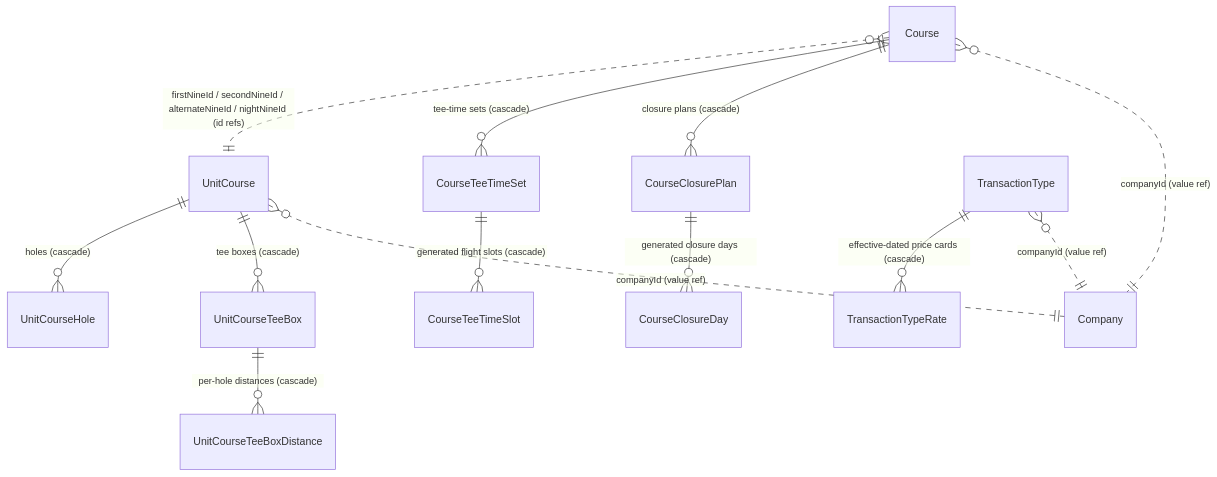
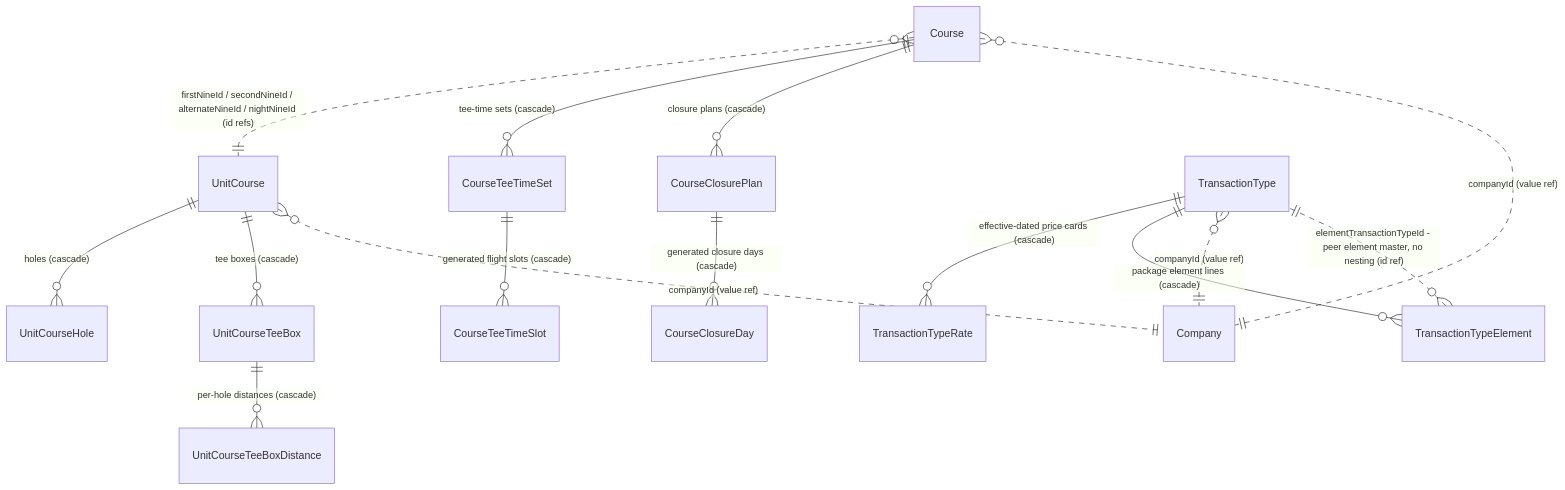
One commit to hsfun360/saas-platform changed the third of 7 diagrams in docs/data-model.md. Above: the diagram before and after it, drawn with Mermaid. The commit also changed other lines of this file, not shown here.

Commit message:
docs(data-model): refresh - Dimension domain + ERD, Module.code convention, golf TransactionTypeElement, AR Interest renames + multicurrency steps 3-5 notes

````diff
--- a/docs/data-model.md
+++ b/docs/data-model.md
@@ -122,15 +125,17 @@
 ```mermaid
 erDiagram
     UnitCourse ||--o{ UnitCourseHole : "holes (cascade)"
     UnitCourse ||--o{ UnitCourseTeeBox : "tee boxes (cascade)"
     UnitCourseTeeBox ||--o{ UnitCourseTeeBoxDistance : "per-hole distances (cascade)"
     Course }o..|| UnitCourse : "firstNineId / secondNineId / alternateNineId / nightNineId (id refs)"
     Course ||--o{ CourseTeeTimeSet : "tee-time sets (cascade)"
     CourseTeeTimeSet ||--o{ CourseTeeTimeSlot : "generated flight slots (cascade)"
     Course ||--o{ CourseClosurePlan : "closure plans (cascade)"
     CourseClosurePlan ||--o{ CourseClosureDay : "generated closure days (cascade)"
     TransactionType ||--o{ TransactionTypeRate : "effective-dated price cards (cascade)"
+    TransactionType ||--o{ TransactionTypeElement : "package element lines (cascade)"
+    TransactionTypeElement }o..|| TransactionType : "elementTransactionTypeId - peer element master, no nesting (id ref)"
     Course }o..|| Company : "companyId (value ref)"
     UnitCourse }o..|| Company : "companyId (value ref)"
     TransactionType }o..|| Company : "companyId (value ref)"
 ```
````
